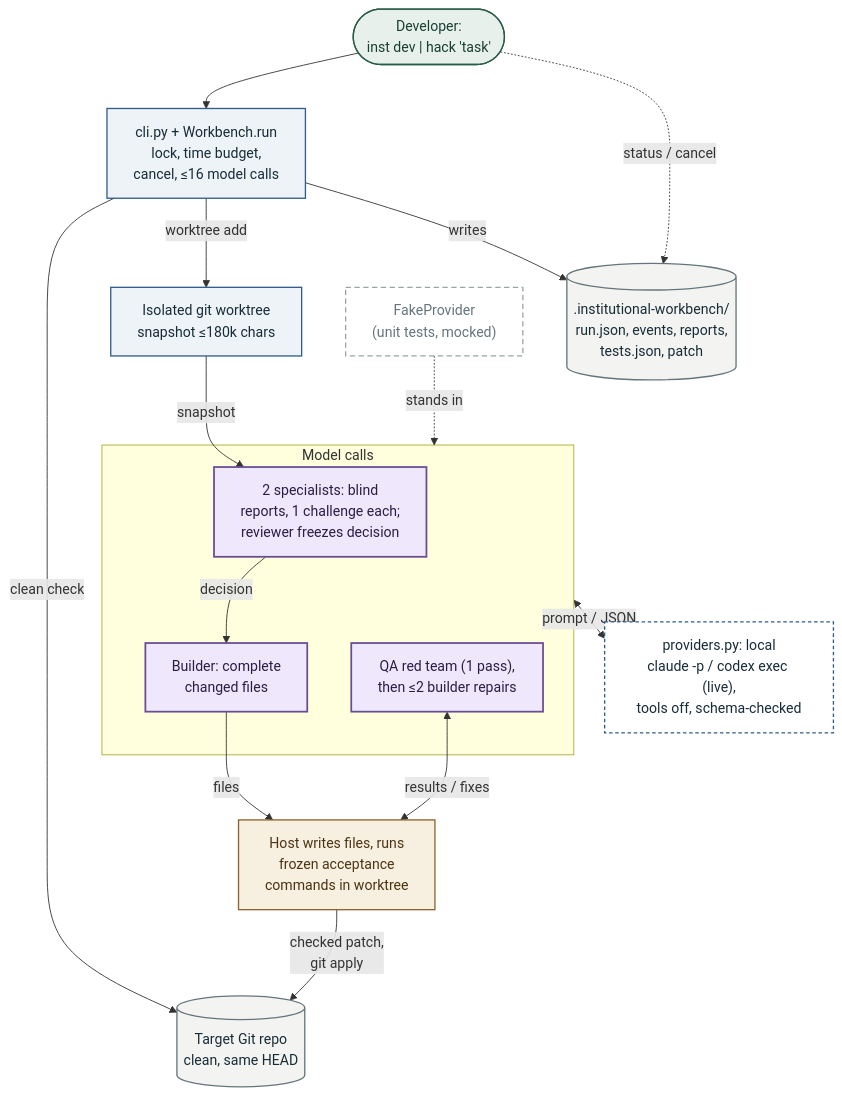
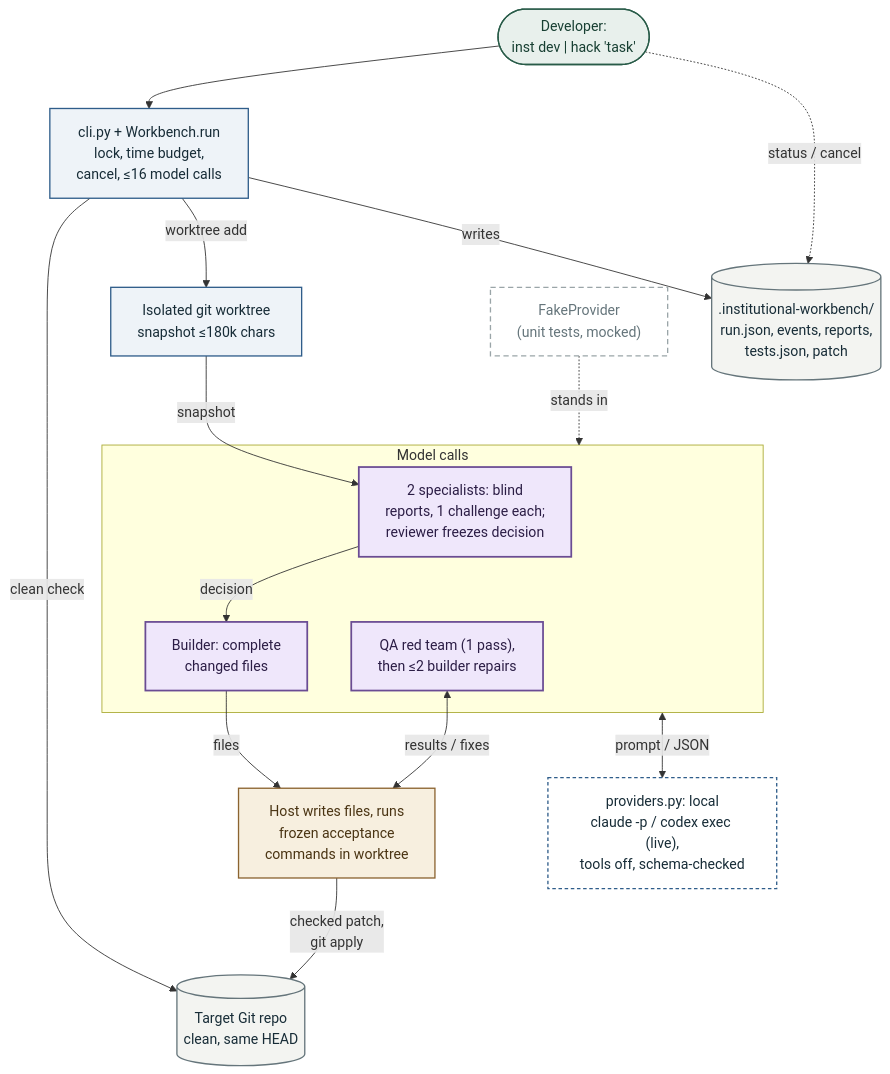
The diagram in docs/architecture.mmd (retinapeg/institutional-workbench), drawn with Mermaid before and after one commit. The commit also changed 1 other file, not shown here.

Commit message:
docs: lengthen provider edge so its label is readable in the architecture diagram

```diff
--- a/docs/architecture.mmd
+++ b/docs/architecture.mmd
@@ -1,48 +1,48 @@
 %% Architecture of institutional-workbench at commit 0a6da5dba7dbf44082c02c451ab85e41f0b1ecd6
 %% Sources: src/institutional_workbench/cli.py, src/institutional_workbench/orchestrator.py, src/institutional_workbench/providers.py, src/institutional_workbench/runner.py, src/institutional_workbench/models.py, tests/test_workbench.py, pyproject.toml
 %% Render: npx @mermaid-js/mermaid-cli -i docs/architecture.mmd -o docs/images/architecture.svg -b white
 flowchart TD
     DEV(["Developer:<br/>inst dev | hack 'task'"])
     CLI["cli.py + Workbench.run<br/>lock, time budget,<br/>cancel, ≤16 model calls"]
     REPO[("Target Git repo<br/>clean, same HEAD")]
     WT["Isolated git worktree<br/>snapshot ≤180k chars"]
     EV[(".institutional-workbench/<br/>run.json, events, reports,<br/>tests.json, patch")]
 
     subgraph CALLS["Model calls"]
         ROUND["2 specialists: blind<br/>reports, 1 challenge each;<br/>reviewer freezes decision"]
         BLD["Builder: complete<br/>changed files"]
         QA["QA red team (1 pass),<br/>then ≤2 builder repairs"]
     end
 
     TEST["Host writes files, runs<br/>frozen acceptance<br/>commands in worktree"]
     PROV["providers.py: local<br/>claude -p / codex exec (live),<br/>tools off, schema-checked"]
     FAKE["FakeProvider<br/>(unit tests, mocked)"]
 
     DEV --> CLI
     CLI -->|"clean check"| REPO
     CLI -->|"worktree add"| WT
     CLI -->|"writes"| EV
     WT -->|"snapshot"| ROUND
     ROUND -->|"decision"| BLD
     BLD -->|"files"| TEST
     QA <-->|"results / fixes"| TEST
     TEST -->|"checked patch,<br/>git apply"| REPO
-    CALLS <-->|"prompt / JSON"| PROV
+    CALLS <--->|"prompt / JSON"| PROV
     FAKE -.->|"stands in"| CALLS
     DEV -.->|"status / cancel"| EV
 
     class DEV human
     class CLI,WT det
     class ROUND,BLD,QA ai
     class TEST eval
     class REPO,EV store
     class PROV ext
     class FAKE mock
 
     classDef ai fill:#efe7fb,stroke:#6a4c93,stroke-width:2px,color:#2b1d45;
     classDef det fill:#eef3f8,stroke:#2f5d8a,stroke-width:1.5px,color:#172c37;
     classDef human fill:#e8f0ec,stroke:#285b48,stroke-width:1.5px,color:#173f32;
     classDef eval fill:#f7efdf,stroke:#8b6330,stroke-width:1.5px,color:#4a3413;
     classDef store fill:#f3f4f1,stroke:#65757b,stroke-width:1.5px,color:#172c37;
     classDef ext fill:#ffffff,stroke:#2f5d8a,stroke-width:1.5px,stroke-dasharray:4 3,color:#172c37;
     classDef mock fill:#ffffff,stroke:#9aa5a8,stroke-width:1.5px,stroke-dasharray:6 4,color:#65757b;
```
